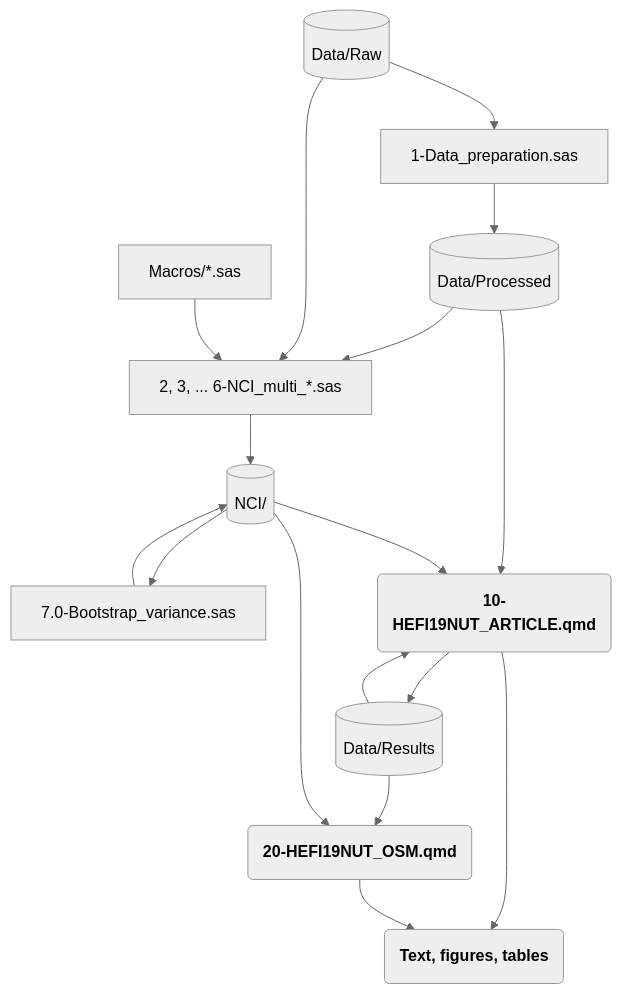
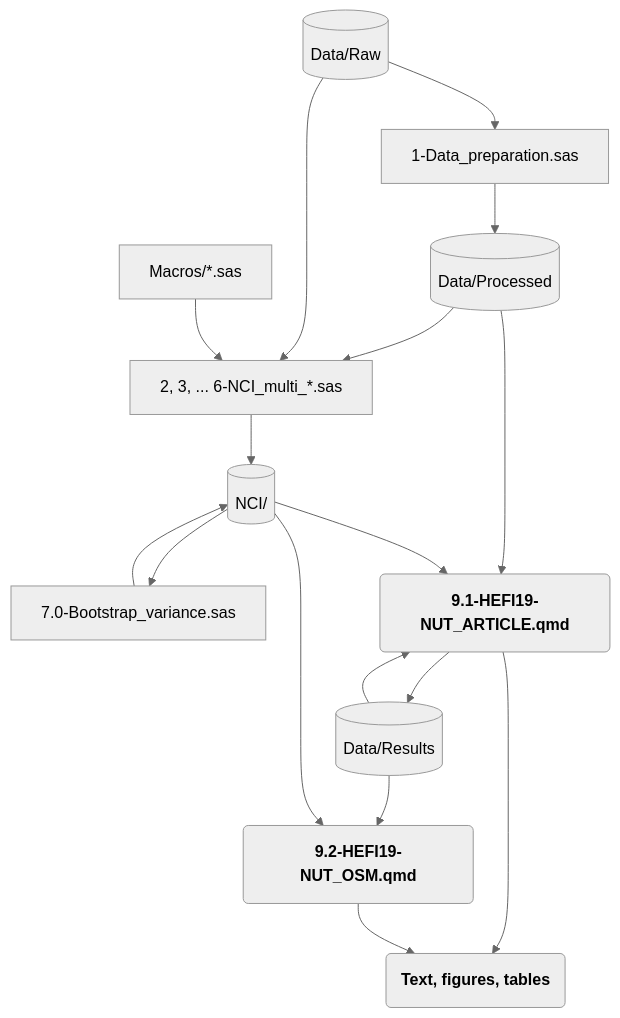
Before and after one commit to didierbrassard/hefi2019_nutrient: the first of 2 diagrams in README.md, drawn with Mermaid.

Commit message:
Update README.md
+updated names

````diff
--- a/README.md
+++ b/README.md
@@ -132,30 +132,30 @@
 ``` mermaid
 %%{init: {'theme': 'neutral' } }%%
 flowchart TB
   data1[(Data/Raw)]
   data2[(Data/Processed)]
   data3[(NCI/)]
   code1[1-Data_preparation.sas]
   code2[2, 3, ... 6-NCI_multi_*.sas]
   code3[7.0-Bootstrap_variance.sas]
-  qmd1(<b>10-HEFI19NUT_ARTICLE.qmd)
-  qmd2(<b>20-HEFI19NUT_OSM.qmd)
+  qmd1(<b>9.1-HEFI19-NUT_ARTICLE.qmd)
+  qmd2(<b>9.2-HEFI19-NUT_OSM.qmd)
   out("<b>Text, figures, tables")
   data1 --> code1 --> data2
   data2 --> code2 --> data3
   data3 --> code3 
   code3 --> data3
   data1 --> code2
   macros1["Macros/*.sas"]
   macros1 --> code2
   data2 --> qmd1
   data3 --> qmd1
   data4[(Data/Results)]
   data4 --> qmd2
   qmd1 --> data4
   data4 --> qmd1
   data3 --> qmd2
   qmd1 --> out
   qmd2 --> out
   
 ```
````
